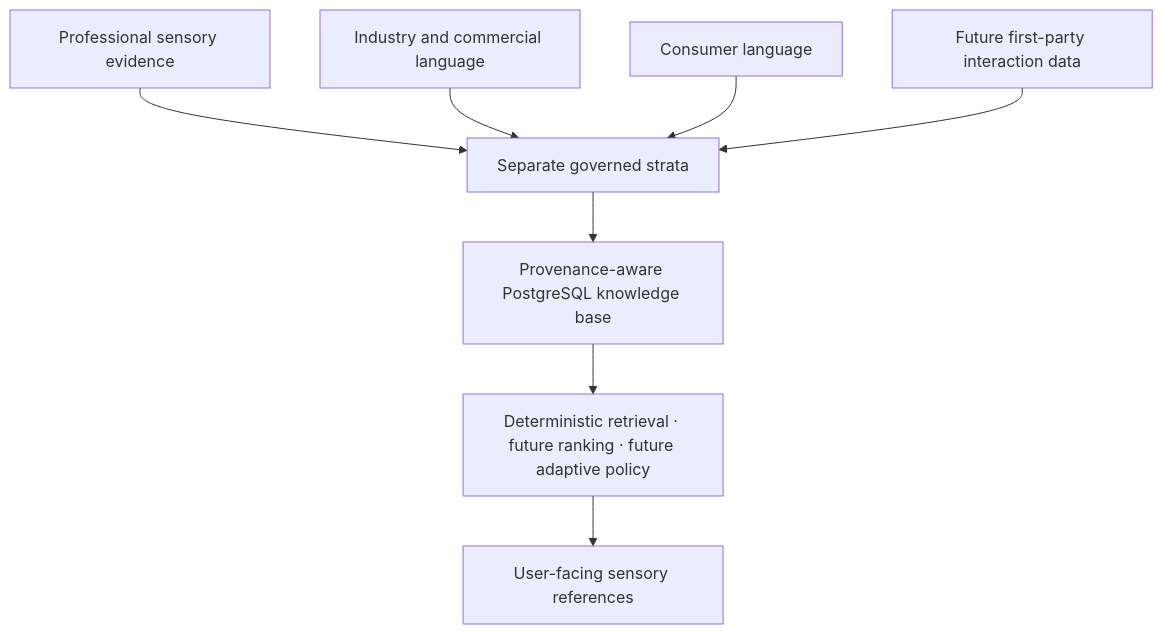
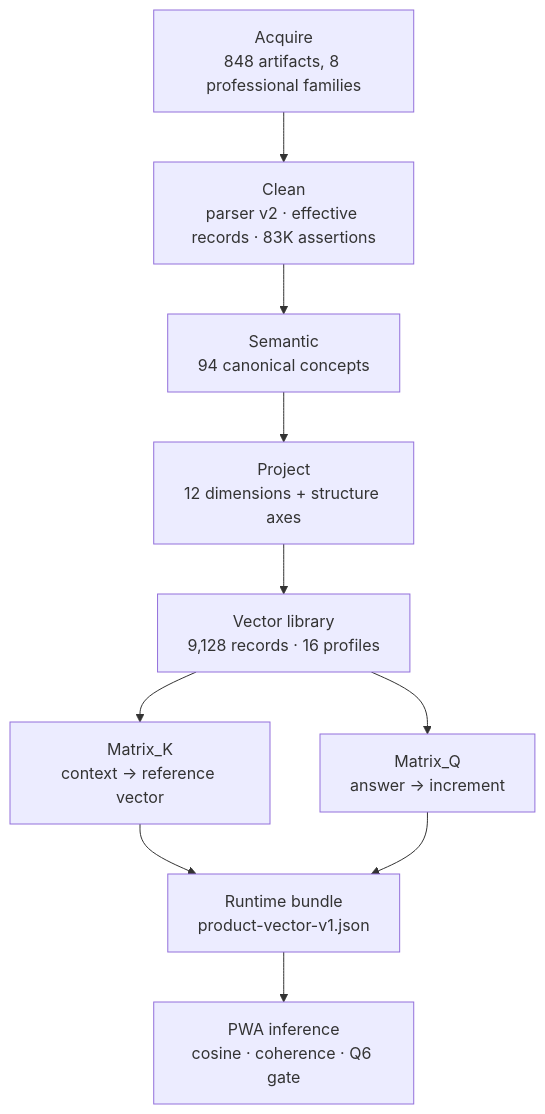
One commit to dpan538/coffee-flavor-research changed the second of 2 diagrams in README.md. Above: the diagram before and after it, drawn with Mermaid. The commit also changed other lines of this file and 24 other files, not shown here.

````diff
--- a/README.md
+++ b/README.md
@@ -149,10 +222,12 @@
 ```mermaid
 flowchart TD
-    A["Professional sensory evidence"] --> S["Separate governed strata"]
-    B["Industry and commercial language"] --> S
-    C["Consumer language"] --> S
-    D["Future first-party interaction data"] --> S
-    S --> P["Provenance-aware PostgreSQL knowledge base"]
-    P --> X["Deterministic retrieval · future ranking · future adaptive policy"]
-    X --> U["User-facing sensory references"]
+    A["Acquire\n848 artifacts, 8 professional families"] --> B["Clean\nparser v2 · effective records · 83K assertions"]
+    B --> C["Semantic\n94 canonical concepts"]
+    C --> D["Project\n12 dimensions + structure axes"]
+    D --> E["Vector library\n9,128 records · 16 profiles"]
+    E --> F["Matrix_K\ncontext → reference vector"]
+    E --> G["Matrix_Q\nanswer → increment"]
+    F --> H["Runtime bundle\nproduct-vector-v1.json"]
+    G --> H
+    H --> I["PWA inference\ncosine · coherence · Q6 gate"]
 ```
````
